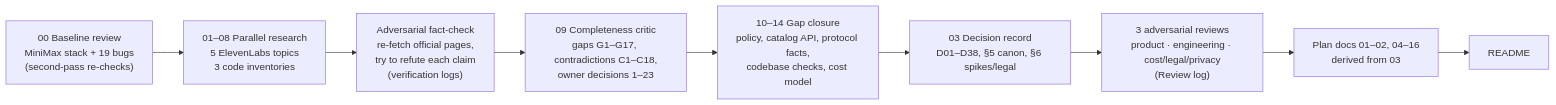
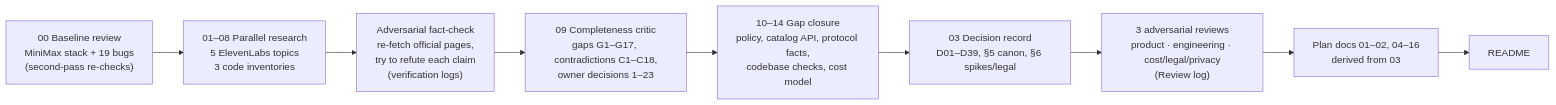
The second of 2 diagrams in docs/voice_refactor/README.md (Andres77872/magic-worlds), drawn with Mermaid before and after one commit. The commit also changed other lines of this file and 541 other files, not shown here.

````diff
--- a/docs/voice_refactor/README.md
+++ b/docs/voice_refactor/README.md
@@ -269,11 +273,11 @@
 ```mermaid
 flowchart LR
     A["00 Baseline review<br/>MiniMax stack + 19 bugs<br/>(second-pass re-checks)"] --> B["01–08 Parallel research<br/>5 ElevenLabs topics<br/>3 code inventories"]
     B --> C["Adversarial fact-check<br/>re-fetch official pages,<br/>try to refute each claim<br/>(verification logs)"]
     C --> D["09 Completeness critic<br/>gaps G1–G17, contradictions C1–C18,<br/>owner decisions 1–23"]
     D --> E["10–14 Gap closure<br/>policy, catalog API, protocol facts,<br/>codebase checks, cost model"]
-    E --> F["03 Decision record<br/>D01–D38, §5 canon, §6 spikes/legal"]
+    E --> F["03 Decision record<br/>D01–D39, §5 canon, §6 spikes/legal"]
     F --> G["3 adversarial reviews<br/>product · engineering · cost/legal/privacy<br/>(Review log)"]
     G --> H["Plan docs 01–02, 04–16<br/>derived from 03"]
     H --> I["README"]
 ```
````
